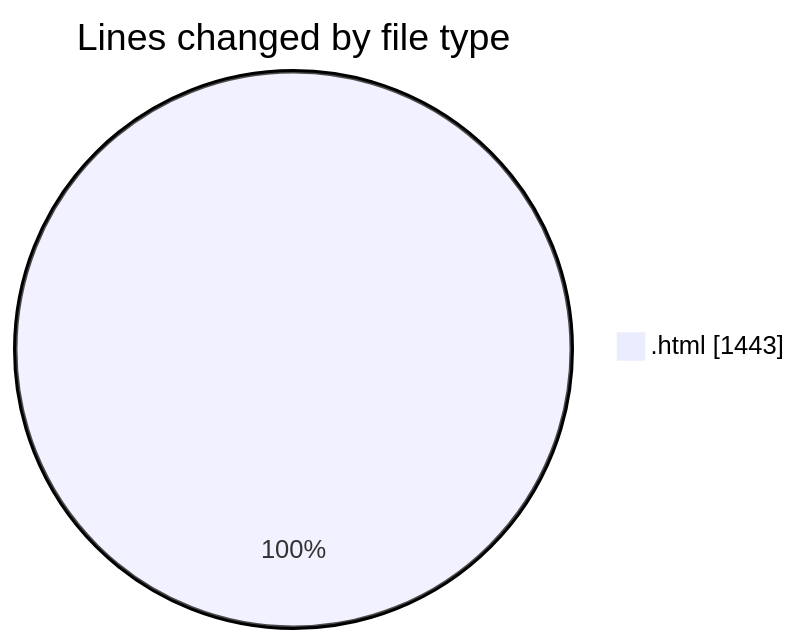
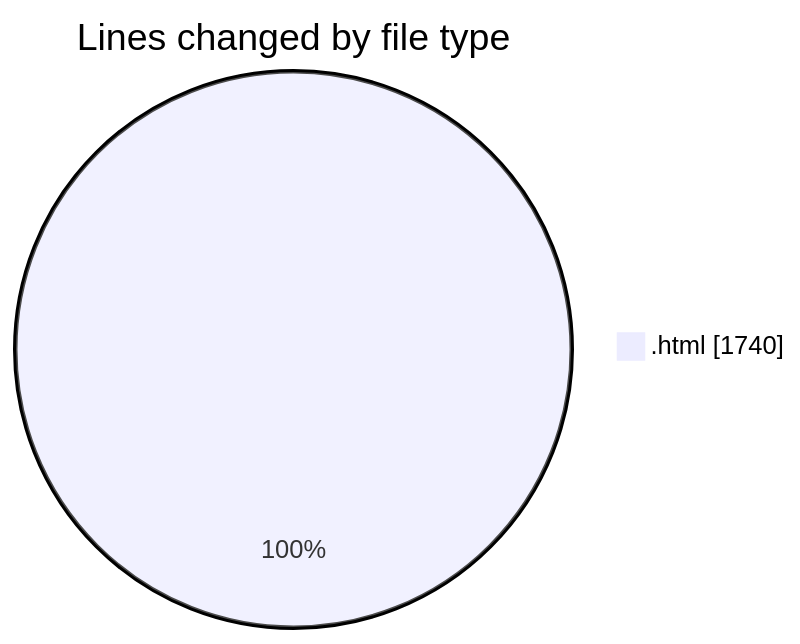
One commit to robertbonfada/code-tracking changed the first of 2 diagrams in 2025-06-22/mosaico-test-3/README.md. Above: the diagram before and after it, drawn with Mermaid. The commit also changed other lines of this file and 1 other file, not shown here.

````diff
--- a/2025-06-22/mosaico-test-3/README.md
+++ b/2025-06-22/mosaico-test-3/README.md
@@ -20,5 +20,5 @@
 ```mermaid
 pie showData
 title Lines changed by file type
-".html" : 1443
+".html" : 1740
 ```
````
